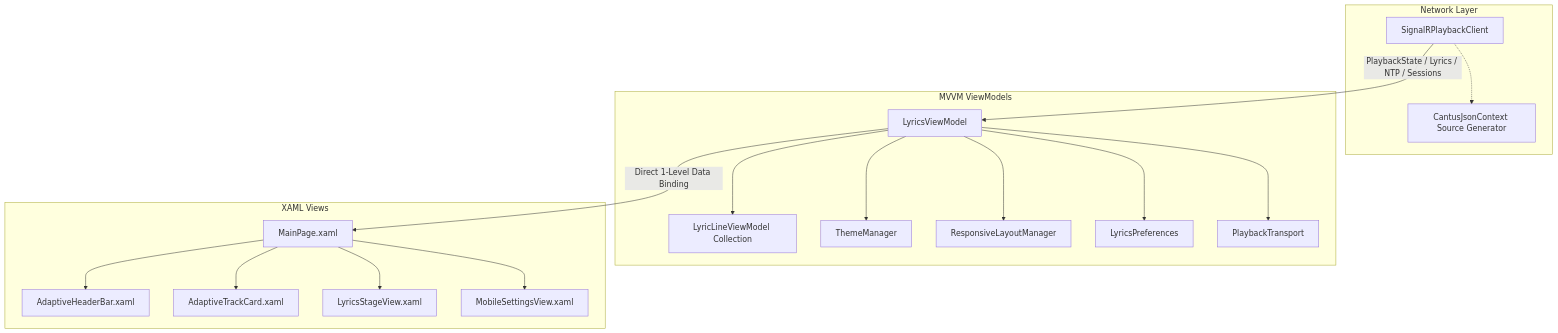
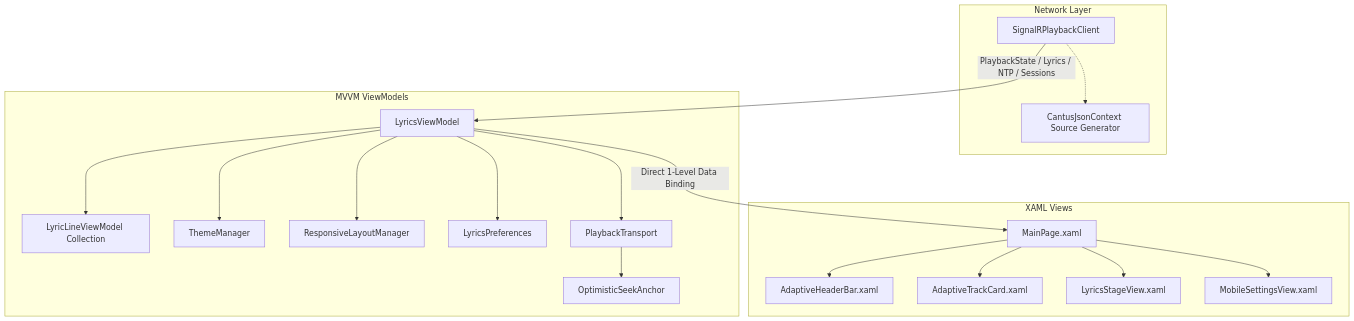
One commit to jav76/Cantus changed the diagram in docs/architecture/client-uno.md. Above: the diagram before and after it, drawn with Mermaid. The commit also changed other lines of this file, not shown here.

Commit message:
docs: describe OptimisticSeekAnchor in the client architecture page

````diff
--- a/docs/architecture/client-uno.md
+++ b/docs/architecture/client-uno.md
@@ -11,37 +11,39 @@
 ```mermaid
 flowchart TD
     subgraph Network Layer
         SignalR[SignalRPlaybackClient]
         Context[CantusJsonContext Source Generator]
         SignalR -.-> Context
     end
 
     subgraph MVVM ViewModels
         LVM[LyricsViewModel]
         LLVM[LyricLineViewModel Collection]
         Theme[ThemeManager]
         Layout[ResponsiveLayoutManager]
         Prefs[LyricsPreferences]
         Transport[PlaybackTransport]
+        Anchor[OptimisticSeekAnchor]
         LVM --> LLVM
         LVM --> Theme
         LVM --> Layout
         LVM --> Prefs
         LVM --> Transport
+        Transport --> Anchor
     end
 
     subgraph XAML Views
         MainView[MainPage.xaml]
         Header[AdaptiveHeaderBar.xaml]
         TrackCard[AdaptiveTrackCard.xaml]
         LyricsStage[LyricsStageView.xaml]
         MobileSettings[MobileSettingsView.xaml]
         MainView --> Header
         MainView --> TrackCard
         MainView --> LyricsStage
         MainView --> MobileSettings
     end
 
     SignalR -->|PlaybackState / Lyrics / NTP / Sessions| LVM
     LVM -->|Direct 1-Level Data Binding| MainView
 ```
````
